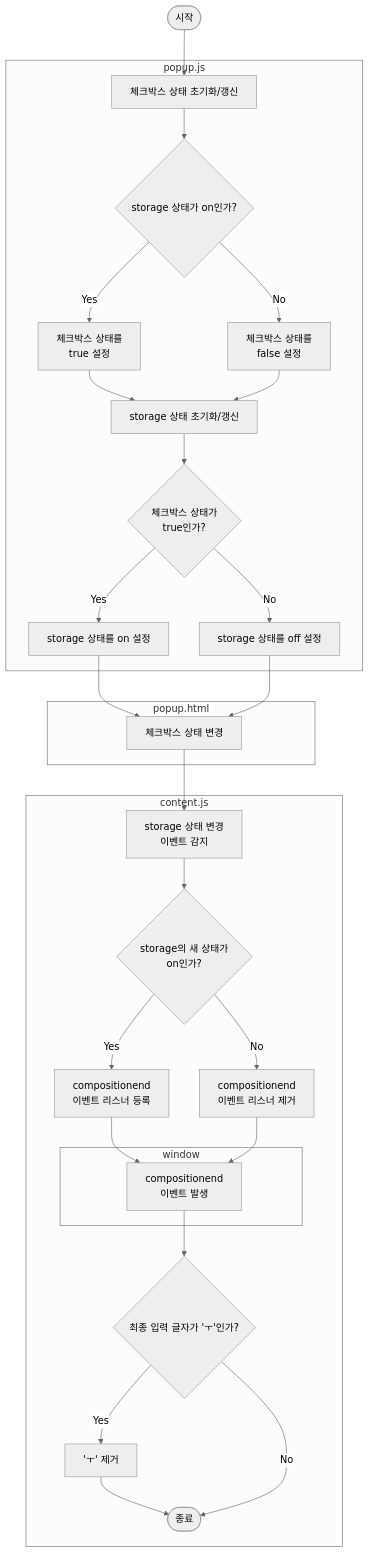
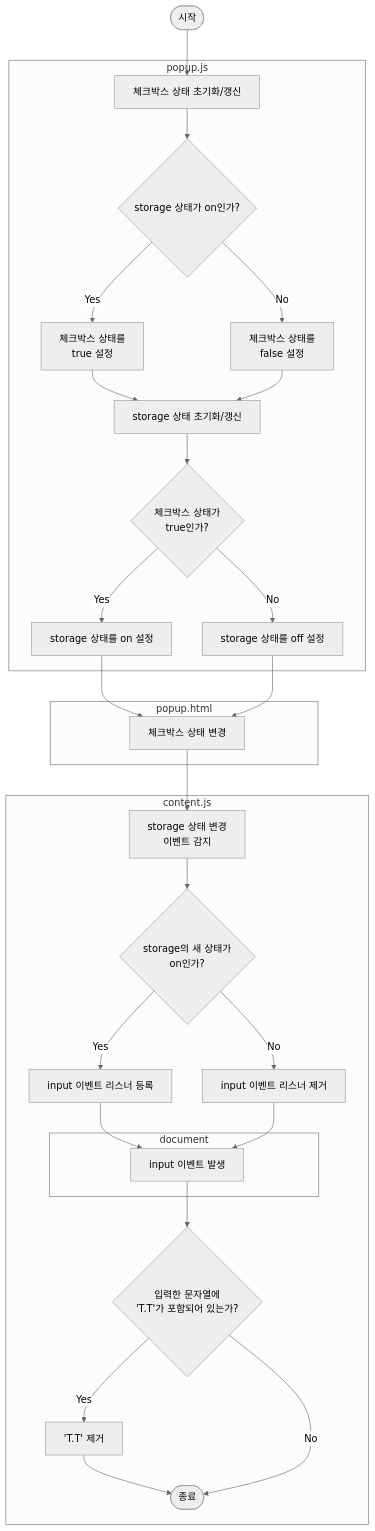
The diagram in docs/2. 설계/2.2 소프트웨어 설계/2.2.2 내부 설계/비즈니스 로직 프로그램 설계/플로차트.md (sarifor/crying-letter-preventer), drawn with Mermaid (neutral theme) before and after one commit. The commit also changed 4 other files, not shown here.

```diff
--- a/docs/2. 설계/2.2 소프트웨어 설계/2.2.2 내부 설계/비즈니스 로직 프로그램 설계/플로차트.md
+++ b/docs/2. 설계/2.2 소프트웨어 설계/2.2.2 내부 설계/비즈니스 로직 프로그램 설계/플로차트.md
@@ -8,24 +8,24 @@
 
   node1[체크박스 상태 초기화/갱신]
   switch1{storage 상태가 on인가?}
-  switch1-Y[체크박스 상태를<br>true 설정]
-  switch1-N[체크박스 상태를<br>false 설정]
+  switch1-Y[체크박스 상태를<br/>true 설정]
+  switch1-N[체크박스 상태를<br/>false 설정]
 
   node3[storage 상태 초기화/갱신]
-  switch3{체크박스 상태가<br>true인가?}
+  switch3{체크박스 상태가<br/>true인가?}
   switch3-Y[storage 상태를 on 설정]
   switch3-N[storage 상태를 off 설정]
 
   node2[체크박스 상태 변경]
 
-  node4[storage 상태 변경<br>이벤트 감지]
-  switch4{storage의 새 상태가<br>on인가?}
-  switch4-Y[compositionend<br>이벤트 리스너 등록]
-  switch4-N[compositionend<br>이벤트 리스너 제거]
+  node4[storage 상태 변경<br/>이벤트 감지]
+  switch4{storage의 새 상태가<br/>on인가?}
+  switch4-Y[input 이벤트 리스너 등록]
+  switch4-N[input 이벤트 리스너 제거]
 
-  node5[compositionend<br>이벤트 발생]
-  switch5{최종 입력 글자가 'ㅜ'인가?}
-  switch5-Y['ㅜ' 제거]
+  node5[input 이벤트 발생]
+  switch5{입력한 문자열에 <br/>'T.T'가 포함되어 있는가?}
+  switch5-Y['T.T' 제거]
 
   end1([종료])
 
@@ -76,7 +76,7 @@
     switch4-Y
     switch4-N
 
-    subgraph window
+    subgraph document
       node5
     end
     
```
